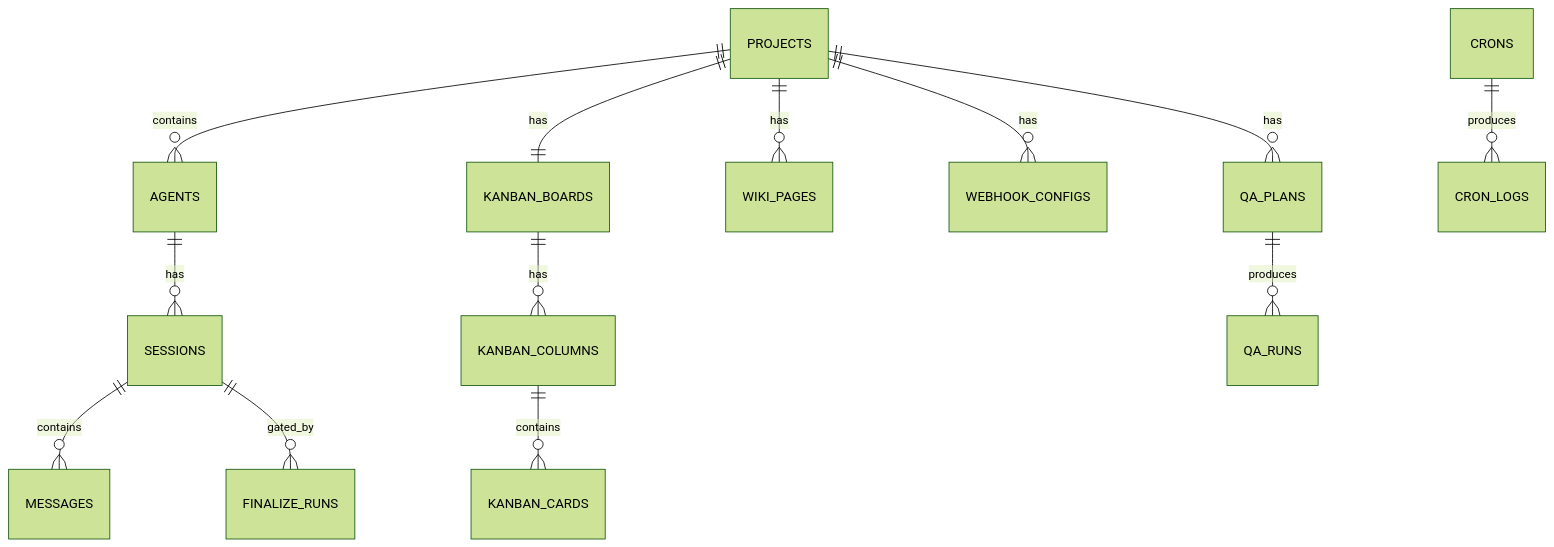
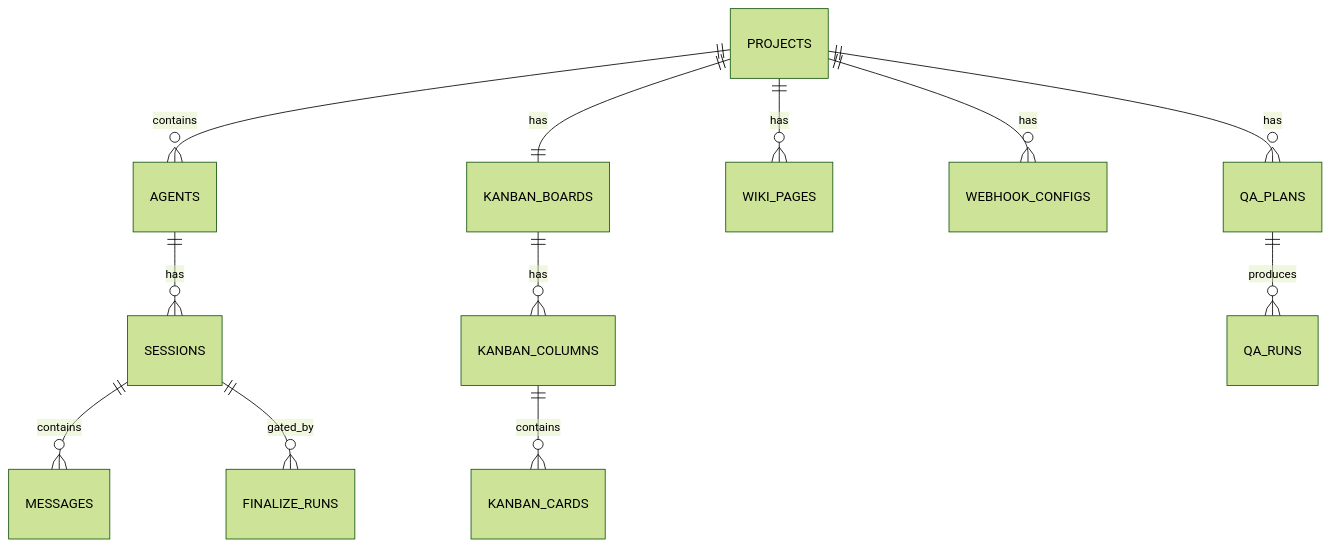
Before and after one commit to Speakman-ai/agent-hub: the second of 2 diagrams in README.md, drawn with Mermaid (forest theme). The commit also changed other lines of this file and 147 other files, not shown here.

````diff
--- a/README.md
+++ b/README.md
@@ -558,15 +557,14 @@
 ```mermaid
 erDiagram
     PROJECTS ||--o{ AGENTS : contains
     AGENTS ||--o{ SESSIONS : has
     SESSIONS ||--o{ MESSAGES : contains
     PROJECTS ||--|| KANBAN_BOARDS : has
     KANBAN_BOARDS ||--o{ KANBAN_COLUMNS : has
     KANBAN_COLUMNS ||--o{ KANBAN_CARDS : contains
     PROJECTS ||--o{ WIKI_PAGES : has
     PROJECTS ||--o{ WEBHOOK_CONFIGS : has
     PROJECTS ||--o{ QA_PLANS : has
     QA_PLANS ||--o{ QA_RUNS : produces
     SESSIONS ||--o{ FINALIZE_RUNS : gated_by
-    CRONS ||--o{ CRON_LOGS : produces
 ```
````
